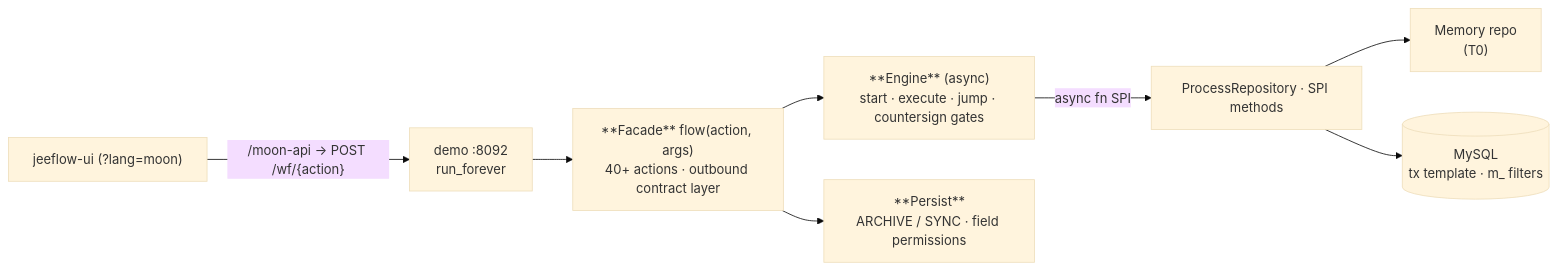
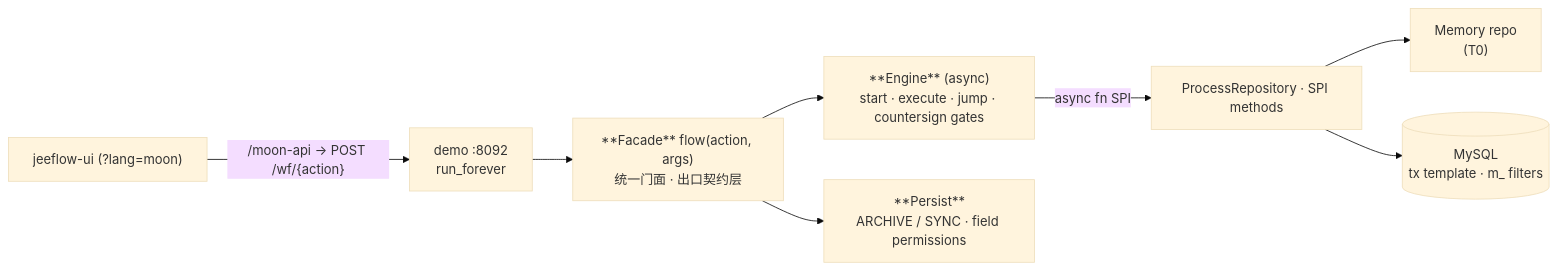
Before and after one commit to mldong/jeeflow-moon: the diagram in README.md, drawn with Mermaid (base theme). The commit also changed other lines of this file and 1 other file, not shown here.

````diff
--- a/README.md
+++ b/README.md
@@ -21,10 +21,10 @@
 ```mermaid
 flowchart LR
   ui["jeeflow-ui (?lang=moon)"] -->|"/moon-api → POST /wf/{action}"| demo["demo :8092<br/>run_forever"]
-  demo --> f["**Facade** flow(action, args)<br/>40+ actions · outbound contract layer"]
+  demo --> f["**Facade** flow(action, args)<br/>统一门面 · 出口契约层"]
   f --> e["**Engine** (async)<br/>start · execute · jump · countersign gates"]
   e -->|"async fn SPI"| spi["ProcessRepository · SPI methods"]
   spi --> mem["Memory repo<br/>(T0)"]
   spi --> my[("MySQL<br/>tx template · m_ filters")]
   f --> p["**Persist**<br/>ARCHIVE / SYNC · field permissions"]
 ```
````
